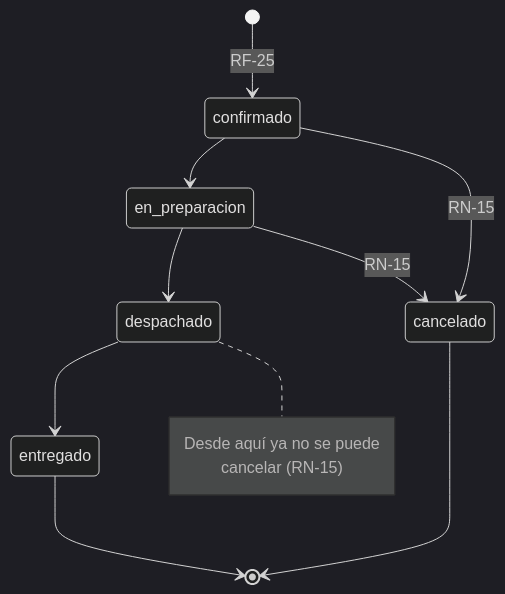
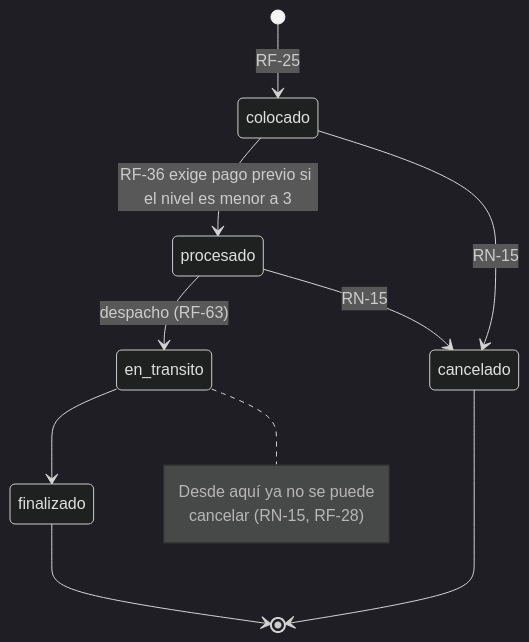
Before and after one commit to juanselospi/21CoPilots_PIBasesIngesoft: the fifth of 8 diagrams in documentos/diseño/arquitectura.md, drawn with Mermaid (dark theme). The commit also changed other lines of this file and 7 other files, not shown here.

````diff
--- a/documentos/diseño/arquitectura.md
+++ b/documentos/diseño/arquitectura.md
@@ -484,16 +531,16 @@
 ```mermaid
 stateDiagram-v2
-    [*] --> confirmado : RF-25
-    confirmado --> en_preparacion
-    confirmado --> cancelado : RN-15
-    en_preparacion --> despachado
-    en_preparacion --> cancelado : RN-15
-    despachado --> entregado
+    [*] --> colocado : RF-25
+    colocado --> procesado : RF-36 exige pago previo si el nivel es menor a 3
+    colocado --> cancelado : RN-15
+    procesado --> en_transito : despacho (RF-63)
+    procesado --> cancelado : RN-15
+    en_transito --> finalizado
     cancelado --> [*]
-    entregado --> [*]
+    finalizado --> [*]
 
-    note right of despachado
+    note right of en_transito
         Desde aquí ya no se puede
-        cancelar (RN-15)
+        cancelar (RN-15, RF-28)
     end note
 ```
````
